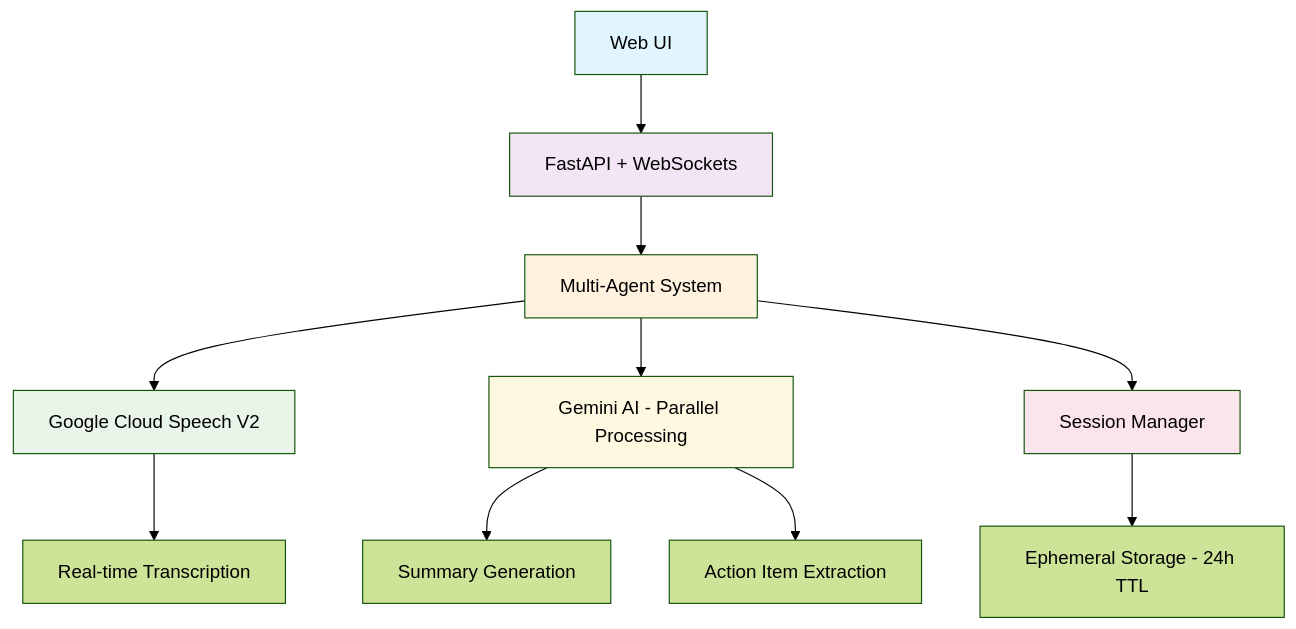
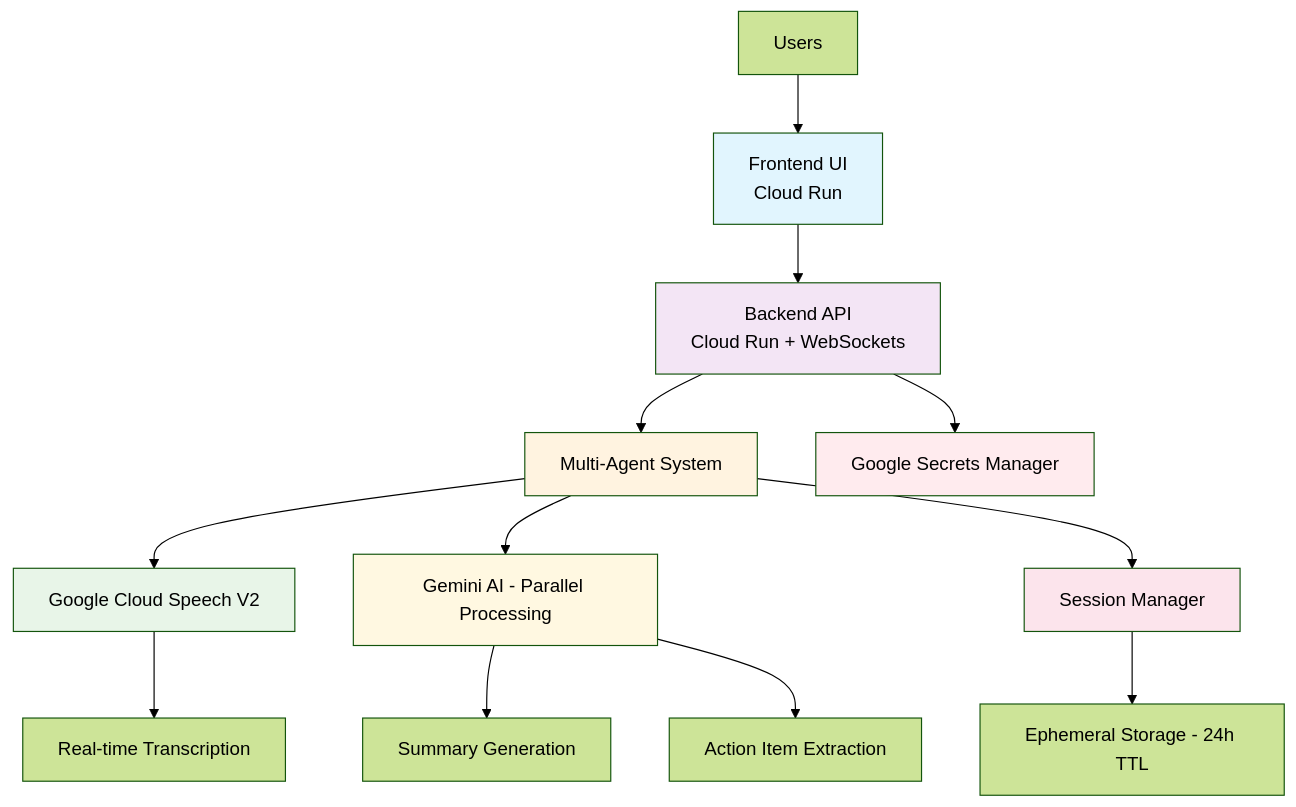
Before and after one commit to avni-salhotra/econome: the first of 2 diagrams in README.md, drawn with Mermaid (forest theme). The commit also changed other lines of this file and 6 other files, not shown here.

First line of the commit message:
🏗️ Major SRE Architecture Improvements: Separate CI/CD + Frontend Deployment

````diff
--- a/README.md
+++ b/README.md
@@ -40,20 +41,24 @@
 ```mermaid
 graph TB
-    A[Web UI] --> B[FastAPI + WebSockets]
+    U[Users] --> F[Frontend UI<br/>Cloud Run]
+    F --> B[Backend API<br/>Cloud Run + WebSockets]
     B --> C[Multi-Agent System]
     C --> D[Google Cloud Speech V2]
     C --> E[Gemini AI - Parallel Processing]
-    C --> F[Session Manager]
-    
+    C --> S[Session Manager]
+
     D --> G[Real-time Transcription]
     E --> H[Summary Generation]
     E --> I[Action Item Extraction]
-    F --> J[Ephemeral Storage - 24h TTL]
-    
-    style A fill:#e1f5fe
+    S --> J[Ephemeral Storage - 24h TTL]
+
+    B --> SM[Google Secrets Manager]
+
+    style F fill:#e1f5fe
     style B fill:#f3e5f5
     style C fill:#fff3e0
     style D fill:#e8f5e8
     style E fill:#fff8e1
-    style F fill:#fce4ec
+    style S fill:#fce4ec
+    style SM fill:#ffebee
 ```
````
